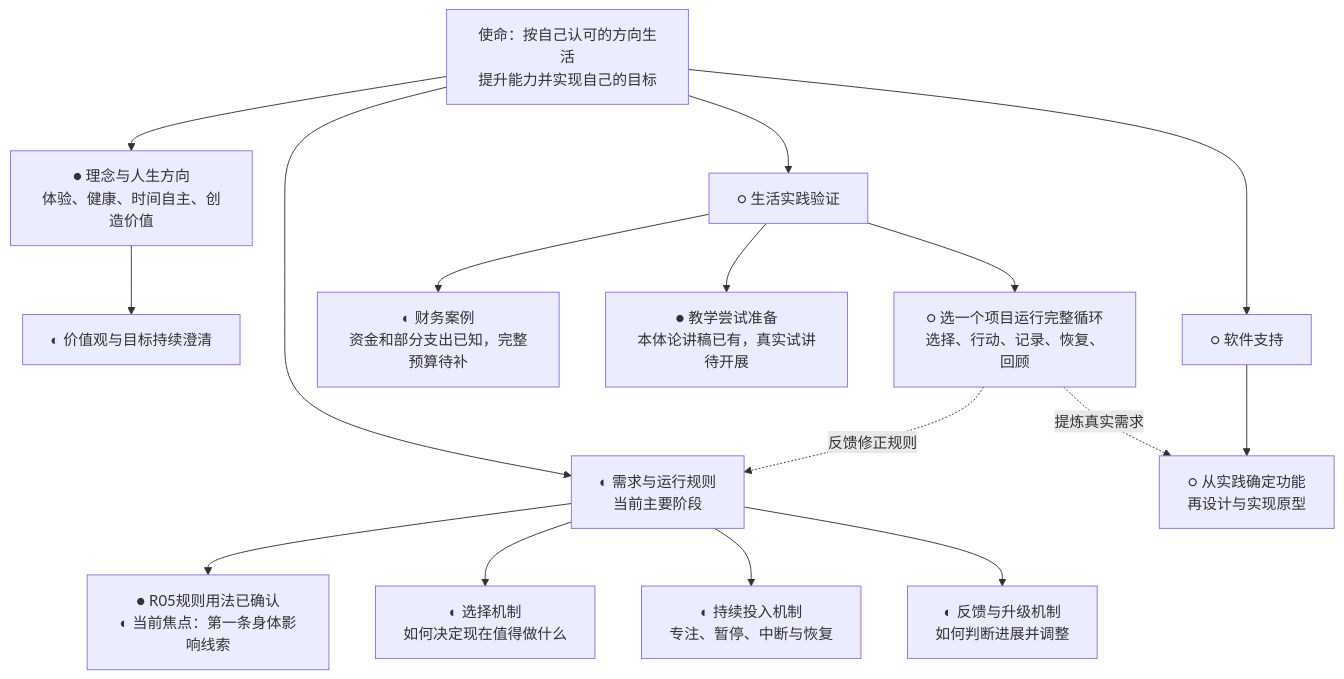
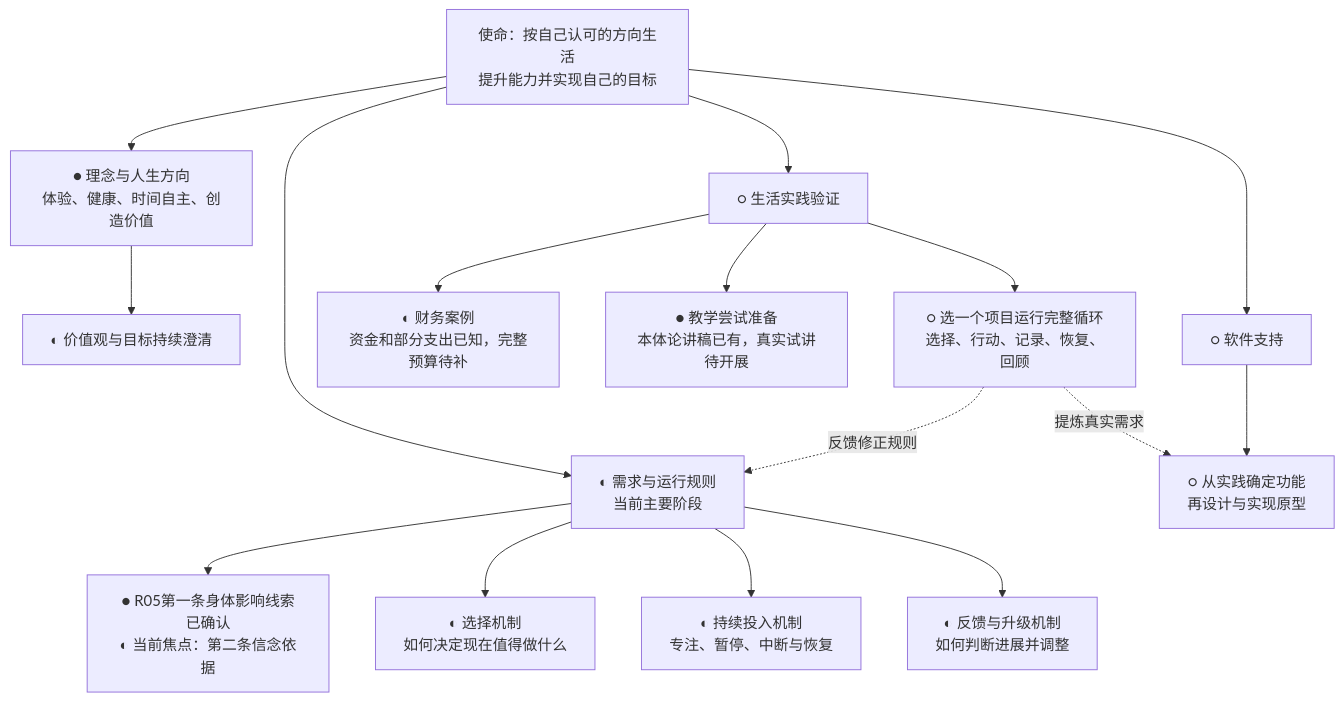
Before and after one commit to fangjiaqi2023-jpg/life-flywheel: the first of 2 diagrams in 项目/人生飞轮/项目推进图.md, drawn with Mermaid. The commit also changed other lines of this file, not shown here.

````diff
--- a/项目/人生飞轮/项目推进图.md
+++ b/项目/人生飞轮/项目推进图.md
@@ -11,22 +11,22 @@
 ```mermaid
 flowchart TD
     M[使命：按自己认可的方向生活<br/>提升能力并实现自己的目标]
     M --> A[● 理念与人生方向<br/>体验、健康、时间自主、创造价值]
     M --> B[◐ 需求与运行规则<br/>当前主要阶段]
     M --> C[○ 生活实践验证]
     M --> D[○ 软件支持]
 
     A --> A1[◐ 价值观与目标持续澄清]
-    B --> B0[● R05规则用法已确认<br/>◐ 当前焦点：第一条身体影响线索]
+    B --> B0[● R05第一条身体影响线索已确认<br/>◐ 当前焦点：第二条信念依据]
     B --> B1[◐ 选择机制<br/>如何决定现在值得做什么]
     B --> B2[◐ 持续投入机制<br/>专注、暂停、中断与恢复]
     B --> B3[◐ 反馈与升级机制<br/>如何判断进展并调整]
 
     C --> C1[◐ 财务案例<br/>资金和部分支出已知，完整预算待补]
     C --> C2[● 教学尝试准备<br/>本体论讲稿已有，真实试讲待开展]
     C --> C3[○ 选一个项目运行完整循环<br/>选择、行动、记录、恢复、回顾]
     D --> D1[○ 从实践确定功能<br/>再设计与实现原型]
 
     C3 -.反馈修正规则.-> B
     C3 -.提炼真实需求.-> D1
 ```
````
